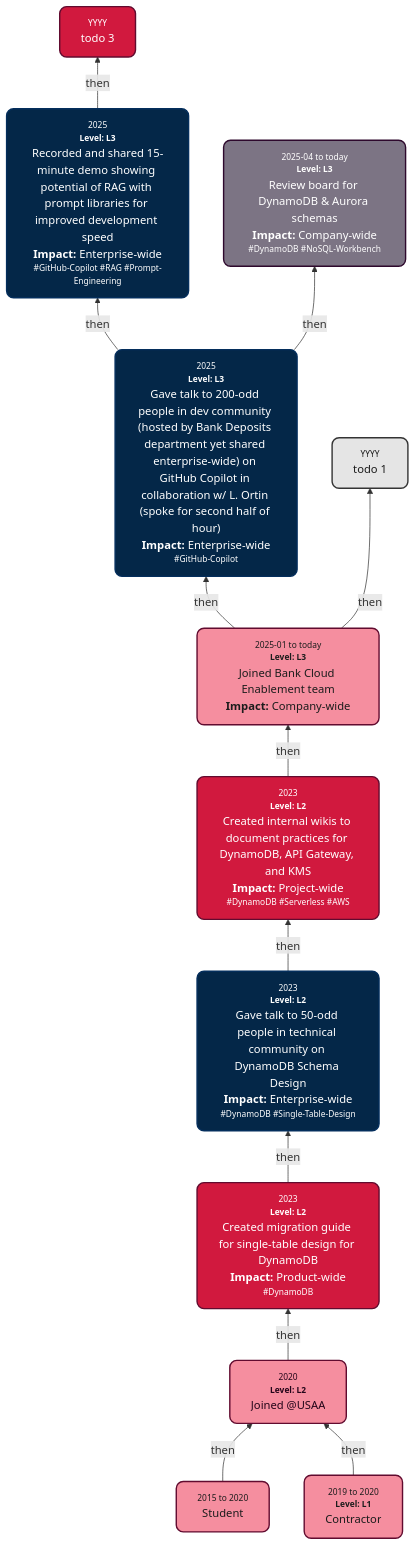
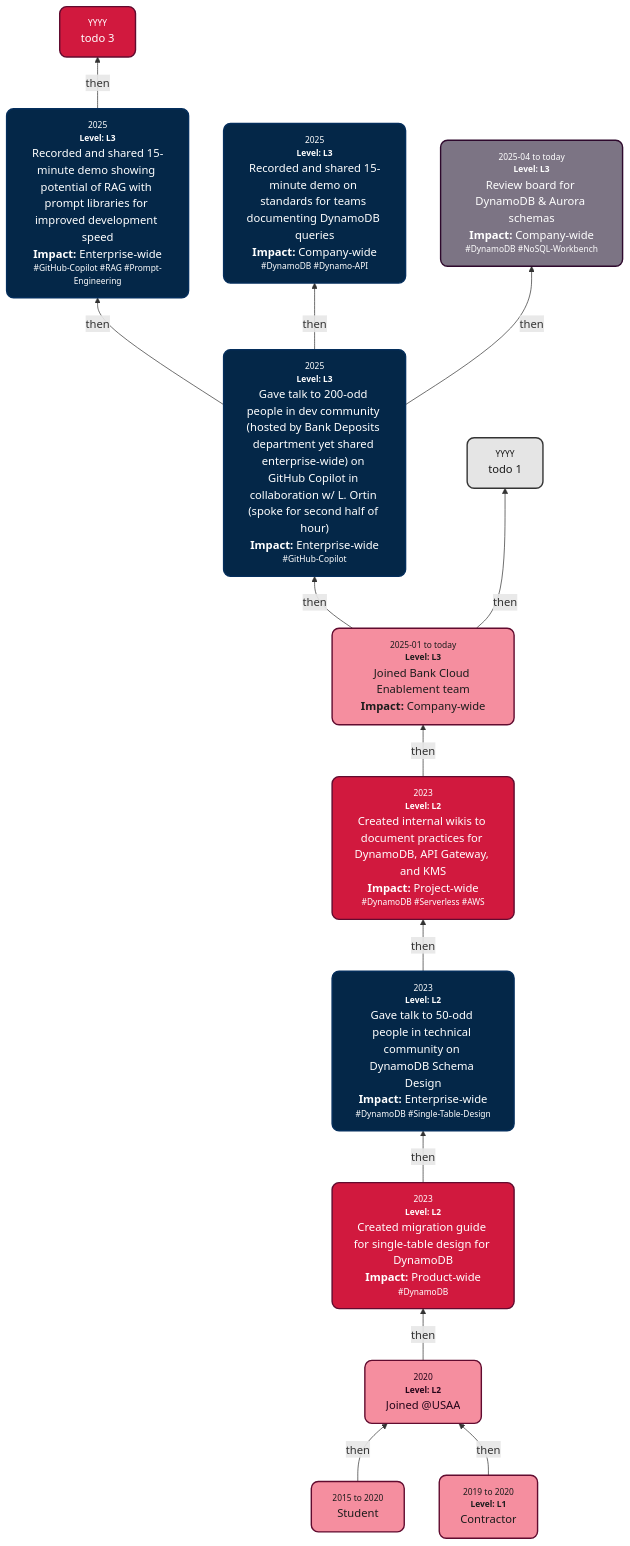
Before and after one commit to s-sepanski/portfolio: the diagram in README.md, drawn with Mermaid.

Commit message:
task: add node

````diff
--- a/README.md
+++ b/README.md
@@ -39,28 +39,30 @@
 ```mermaid
 graph BT
     PreStudentNode["<div style='font-size:75%;  color:#848484; text-align:center;'>2015 to 2020</div>Student"] -->|then| A["<div style='font-size:75%; color:#848484; text-align:center;'>2020</div><div style='font-size:75%; color:#848484; text-align:center;'><b>Level: L2</b><br/></div>Joined @USAA<br>"]
     ContractorNode["<div style='font-size:75%; color:#848484; text-align:center;'>2019 to 2020</div><div style='font-size:75%; color:#848484; text-align:center;'><b>Level: L1</b></div>Contractor"] -->|then| A
     A -->|then| Creation1["<div style='font-size:75%; color:#848484; text-align:center;'>2023</div><div style='font-size:75%; color:#848484; text-align:center;'><b>Level: L2</b><br/></div>Created migration guide for single-table design for DynamoDB<br/><b>Impact: </b>Product-wide<div style='font-size:75%; color:#848484; text-align:center;'>#DynamoDB<br/></div>"]
     Creation1 -->|then| Chat["<div style='font-size:75%; color:#848484; text-align:center;'>2023</div><div style='font-size:75%; color:#848484; text-align:center;'><b>Level: L2</b><br/></div>Gave talk to 50-odd people in technical community on DynamoDB Schema Design<br/><b>Impact: </b>Enterprise-wide<div style='font-size:75%; color:#848484; text-align:center;'>#DynamoDB #Single-Table-Design<br/></div>"]
     Chat -->|then| Creation2["<div style='font-size:75%; color:#848484; text-align:center;'>2023</div><div style='font-size:75%; color:#848484; text-align:center;'><b>Level: L2</b><br/></div>Created internal wikis to document practices for DynamoDB, API Gateway, and KMS<br/><b>Impact: </b>Project-wide<div style='font-size:75%; color:#848484; text-align:center;'>#DynamoDB #Serverless #AWS<br/></div>"]
     Creation2 -->|then| B["<div style='font-size:75%; color:#848484; text-align:center;'>2025-01 to today</div><div style='font-size:75%; color:#848484; text-align:center;'><b>Level: L3</b><br/></div>Joined Bank Cloud Enablement team<br/><b>Impact: </b>Company-wide"]
     B -->|then| C["<div style='font-size:75%; color:#848484; text-align:center;'>2025</div><div style='font-size:75%; color:#848484; text-align:center;'><b>Level: L3</b><br/></div>Gave talk to 200-odd people in dev community (hosted by Bank Deposits department yet shared enterprise-wide) on GitHub Copilot in collaboration w/ L. Ortin (spoke for second half of hour)<br/><b>Impact: </b>Enterprise-wide<div style='font-size:75%; color:#848484; text-align:center;'>#GitHub-Copilot<br/></div>"]
     C -->|then| D["<div style='font-size:75%; color:#848484; text-align:center;'>2025</div><div style='font-size:75%; color:#848484; text-align:center;'><b>Level: L3</b><br/></div>Recorded and shared 15-minute demo showing potential of RAG with prompt libraries for improved development speed<br/><b>Impact: </b>Enterprise-wide<div style='font-size:75%; color:#848484; text-align:center;'>#GitHub-Copilot #RAG #Prompt-Engineering<br/></div>"]
+    C -->|then| Chat2["<div style='font-size:75%; color:#848484; text-align:center;'>2025</div><div style='font-size:75%; color:#848484; text-align:center;'><b>Level: L3</b><br/></div>Recorded and shared 15-minute demo on standards for teams documenting DynamoDB queries<br/><b>Impact: </b>Company-wide<div style='font-size:75%; color:#848484; text-align:center;'>#DynamoDB #Dynamo-API<br/></div>"]
     B -->|then| E["<div style='font-size:75%; color:#848484; text-align:center;'>YYYY</div>todo 1"]
     C -->|then| F["<div style='font-size:75%; color:#848484; text-align:center;'>2025-04 to today</div><div style='font-size:75%; color:#848484; text-align:center;'><b>Level: L3</b><br/></div>Review board for DynamoDB & Aurora schemas<br/><b>Impact: </b>Company-wide<div style='font-size:75%; color:#848484; text-align:center;'>#DynamoDB #NoSQL-Workbench<br/></div>"]
     D -->|then| G["<div style='font-size:75%; color:#848484; text-align:center;'>YYYY</div>todo 3"]
     style PreStudentNode fill:#f58e9f,stroke:#610b2f,stroke-width:2px,color:#1c1c1c
     style ContractorNode fill:#f58e9f,stroke:#610b2f,stroke-width:2px,color:#1c1c1c
     style A fill:#f58e9f,stroke:#610b2f,stroke-width:2px,color:#230519
     style Creation1 fill:#d1193e,stroke:#610b2f,stroke-width:2px,color:#FFFFFF
     style Chat fill:#042748,stroke:#042e5c,stroke-width:2px,color:#FFFFFF
     style Creation2 fill:#d1193e,stroke:#610b2f,stroke-width:2px,color:#FFFFFF
     style B fill:#f58e9f,stroke:#610b2f,stroke-width:2px,color:#1c1c1c
     style C fill:#042748,stroke:#042e5c,stroke-width:2px,color:#FFFFFF
     style D fill:#042748,stroke:#042e5c,stroke-width:2px,color:#FFFFFF
     style E fill:#e5e5e5,stroke:#343434,stroke-width:2px,color:#1c1c1c
     style F fill:#7c7484,stroke:#2e092d,stroke-width:2px,color:#FFFFFF
     style G fill:#d1193e,stroke:#610b2f,stroke-width:2px,color:#FFFFFF
+    style Chat2 fill:#042748,stroke:#042e5c,stroke-width:2px,color:#FFFFFF
     classDef rounded stroke-width:2px,rx:10,ry:10;
-    class PreStudentNode,ContractorNode,A,Creation1,Chat,Creation2,B,C,D,E,F,G rounded;
+    class PreStudentNode,ContractorNode,A,Creation1,Chat,Creation2,B,C,D,E,F,G,Chat2 rounded;
 ```
````
